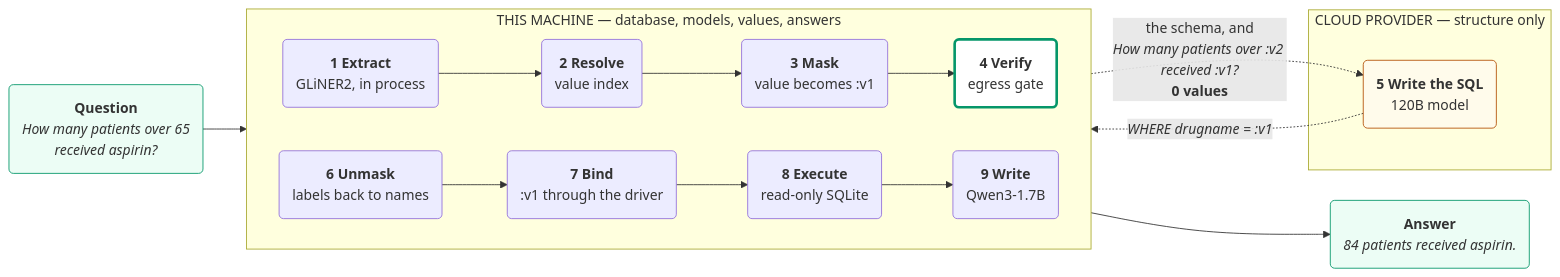
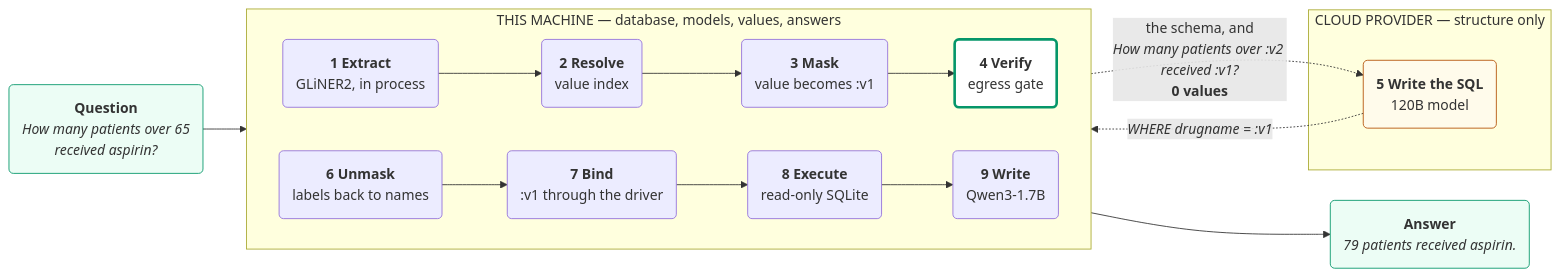
Before and after one commit to Kirazul/NL2SQL-demo: the diagram in README.md, drawn with Mermaid.

Commit message:
The README showed the number the bug produced
84 was the count of hospital stays. 79 is the count of people.

````diff
--- a/README.md
+++ b/README.md
@@ -18,32 +18,32 @@
 ```mermaid
 flowchart LR
   Q("<b>Question</b><br/><i>How many patients over 65<br/>received aspirin?</i>")
 
   subgraph LOCAL["THIS MACHINE — database, models, values, answers"]
     direction LR
     E("<b>1 Extract</b><br/>GLiNER2, in process")
     R("<b>2 Resolve</b><br/>value index")
     M("<b>3 Mask</b><br/>value becomes :v1")
     V("<b>4 Verify</b><br/>egress gate")
     U("<b>6 Unmask</b><br/>labels back to names")
     B("<b>7 Bind</b><br/>:v1 through the driver")
     X("<b>8 Execute</b><br/>read-only SQLite")
     W("<b>9 Write</b><br/>Qwen3-1.7B")
   end
 
   subgraph CLOUD["CLOUD PROVIDER — structure only"]
     S("<b>5 Write the SQL</b><br/>120B model")
   end
 
-  A("<b>Answer</b><br/><i>84 patients received aspirin.</i>")
+  A("<b>Answer</b><br/><i>79 patients received aspirin.</i>")
 
   Q --> E --> R --> M --> V
   V -.->|"the schema, and<br/><i>How many patients over :v2 received :v1?</i><br/><b>0 values</b>"| S
   S -.->|"<i>WHERE drugname = :v1</i>"| U
   U --> B --> X --> W --> A
 
   style Q fill:#ecfdf5,stroke:#059669
   style A fill:#ecfdf5,stroke:#059669
   style S fill:#fffbeb,stroke:#b45309
   style V fill:#fff,stroke:#059669,stroke-width:3px
 ```
````
